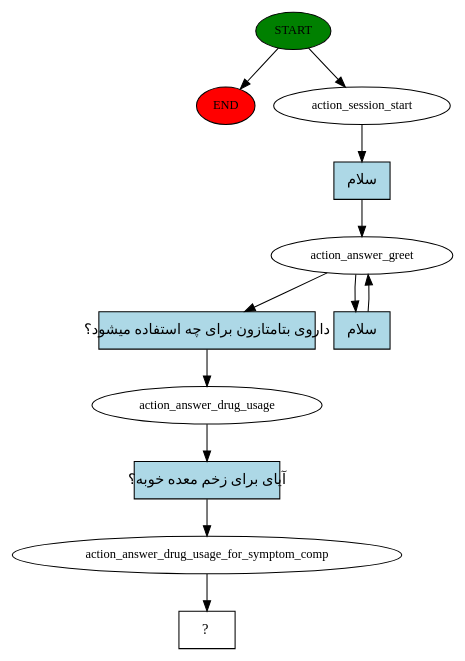
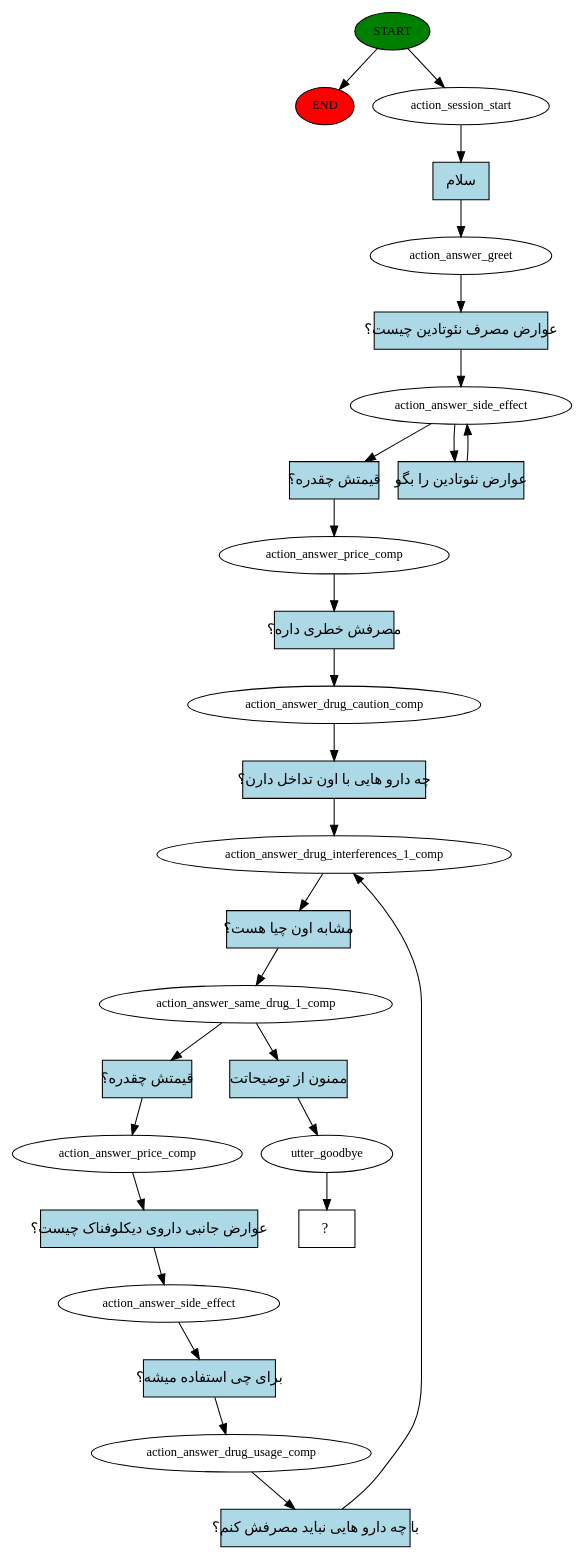
One commit to APKNOOBCODER/Hamtech_Rasa changed the diagram in story_graph.dot. Above: the diagram before and after it, drawn with Graphviz. The commit also changed 4 other files, not shown here.

```diff
--- a/story_graph.dot
+++ b/story_graph.dot
@@ -1,24 +1,55 @@
 digraph  {
 0 [class="start active", fillcolor=green, fontsize=12, label=START, style=filled];
 "-1" [class=end, fillcolor=red, fontsize=12, label=END, style=filled];
 1 [class=active, fontsize=12, label=action_session_start];
 2 [class=active, fontsize=12, label=action_answer_greet];
-4 [class=active, fontsize=12, label=action_answer_drug_usage];
-5 [class=active, fontsize=12, label=action_answer_drug_usage_for_symptom_comp];
-6 [class="intent dashed active", label="  ?  ", shape=rect];
-7 [class="intent active", fillcolor=lightblue, label="سلام", shape=rect, style=filled];
-8 [class="intent active", fillcolor=lightblue, label="داروی بتامتازون برای چه استفاده میشود؟", shape=rect, style=filled];
-9 [class="intent active", fillcolor=lightblue, label="سلام", shape=rect, style=filled];
-10 [class="intent active", fillcolor=lightblue, label="آیای برای زخم معده خوبه؟", shape=rect, style=filled];
+3 [class=active, fontsize=12, label=action_answer_side_effect];
+5 [class=active, fontsize=12, label=action_answer_price_comp];
+6 [class=active, fontsize=12, label=action_answer_drug_caution_comp];
+7 [class=active, fontsize=12, label=action_answer_drug_interferences_1_comp];
+8 [class=active, fontsize=12, label=action_answer_same_drug_1_comp];
+9 [class=active, fontsize=12, label=action_answer_price_comp];
+10 [class=active, fontsize=12, label=action_answer_side_effect];
+11 [class=active, fontsize=12, label=action_answer_drug_usage_comp];
+14 [class=active, fontsize=12, label=utter_goodbye];
+15 [class="intent dashed active", label="  ?  ", shape=rect];
+16 [class="intent active", fillcolor=lightblue, label="سلام", shape=rect, style=filled];
+17 [class="intent active", fillcolor=lightblue, label="عوارض مصرف نئوتادین چیست؟", shape=rect, style=filled];
+18 [class="intent active", fillcolor=lightblue, label="قیمتش چقدره؟", shape=rect, style=filled];
+19 [class="intent active", fillcolor=lightblue, label="عوارض نئوتادین را بگو", shape=rect, style=filled];
+20 [class="intent active", fillcolor=lightblue, label="مصرفش خطری داره؟", shape=rect, style=filled];
+21 [class="intent active", fillcolor=lightblue, label="چه دارو هایی با اون تداخل دارن؟", shape=rect, style=filled];
+22 [class="intent active", fillcolor=lightblue, label="مشابه اون چیا هست؟", shape=rect, style=filled];
+23 [class="intent active", fillcolor=lightblue, label="قیمتش چقدره؟", shape=rect, style=filled];
+24 [class="intent active", fillcolor=lightblue, label="ممنون از توضیحاتت", shape=rect, style=filled];
+25 [class="intent active", fillcolor=lightblue, label="عوارض جانبی داروی دیکلوفناک چیست؟", shape=rect, style=filled];
+26 [class="intent active", fillcolor=lightblue, label="برای چی استفاده میشه؟", shape=rect, style=filled];
+27 [class="intent active", fillcolor=lightblue, label="با چه دارو هایی نباید مصرفش کنم؟", shape=rect, style=filled];
 0 -> "-1"  [class="", key=NONE, label=""];
 0 -> 1  [class=active, key=NONE, label=""];
-1 -> 7  [class=active, key=0];
-2 -> 8  [class=active, key=0];
-2 -> 9  [class=active, key=0];
-4 -> 10  [class=active, key=0];
-5 -> 6  [class=active, key=NONE, label=""];
-7 -> 2  [class=active, key=0];
-8 -> 4  [class=active, key=0];
-9 -> 2  [class=active, key=0];
-10 -> 5  [class=active, key=0];
+1 -> 16  [class=active, key=0];
+2 -> 17  [class=active, key=0];
+3 -> 18  [class=active, key=0];
+3 -> 19  [class=active, key=0];
+5 -> 20  [class=active, key=0];
+6 -> 21  [class=active, key=0];
+7 -> 22  [class=active, key=0];
+8 -> 23  [class=active, key=0];
+8 -> 24  [class=active, key=0];
+9 -> 25  [class=active, key=0];
+10 -> 26  [class=active, key=0];
+11 -> 27  [class=active, key=0];
+14 -> 15  [class=active, key=NONE, label=""];
+16 -> 2  [class=active, key=0];
+17 -> 3  [class=active, key=0];
+18 -> 5  [class=active, key=0];
+19 -> 3  [class=active, key=0];
+20 -> 6  [class=active, key=0];
+21 -> 7  [class=active, key=0];
+22 -> 8  [class=active, key=0];
+23 -> 9  [class=active, key=0];
+24 -> 14  [class=active, key=0];
+25 -> 10  [class=active, key=0];
+26 -> 11  [class=active, key=0];
+27 -> 7  [class=active, key=0];
 }
```
